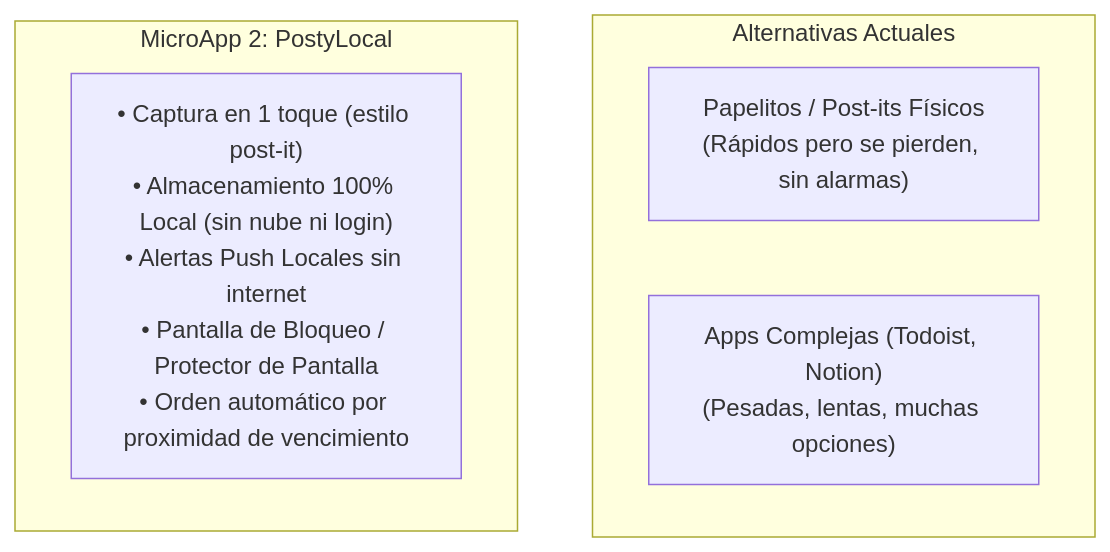
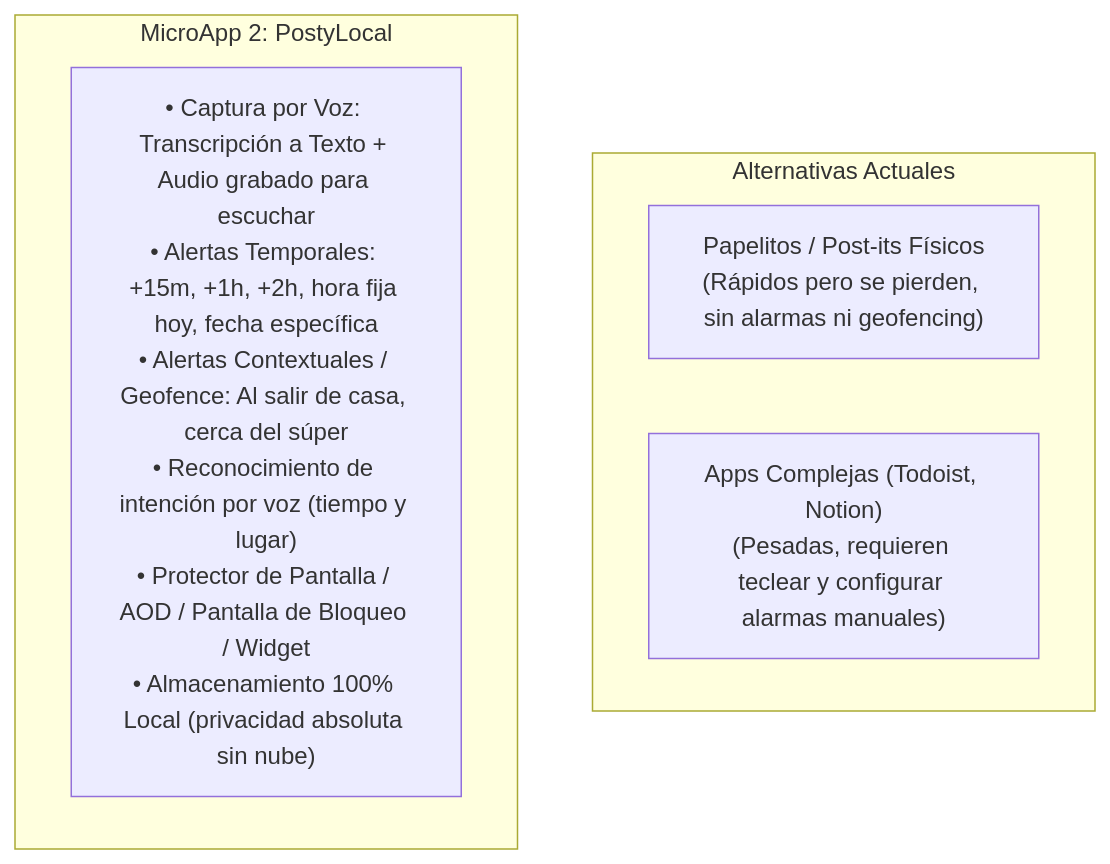
The second of 2 diagrams in docs/microapps/microapp2/01_envisioning_and_planning.md (pcloayza3/plataforma01), drawn with Mermaid before and after one commit. The commit also changed other lines of this file, not shown here.

Commit message:
docs(microapp2): enriquecer vision con reconocimiento de voz dual y alertas temporales/geofencing

````diff
--- a/docs/microapps/microapp2/01_envisioning_and_planning.md
+++ b/docs/microapps/microapp2/01_envisioning_and_planning.md
@@ -49,10 +50,10 @@
 ```mermaid
 graph TD
     subgraph "Alternativas Actuales"
-        P["Papelitos / Post-its Físicos<br/>(Rápidos pero se pierden, sin alarmas)"]
-        A["Apps Complejas (Todoist, Notion)<br/>(Pesadas, lentas, muchas opciones)"]
+        P["Papelitos / Post-its Físicos<br/>(Rápidos pero se pierden, sin alarmas ni geofencing)"]
+        A["Apps Complejas (Todoist, Notion)<br/>(Pesadas, requieren teclear y configurar alarmas manuales)"]
     end
     subgraph "MicroApp 2: PostyLocal"
-        V["• Captura en 1 toque (estilo post-it)<br/>• Almacenamiento 100% Local (sin nube ni login)<br/>• Alertas Push Locales sin internet<br/>• Pantalla de Bloqueo / Protector de Pantalla<br/>• Orden automático por proximidad de vencimiento"]
+        V["• Captura por Voz: Transcripción a Texto + Audio grabado para escuchar<br/>• Alertas Temporales: +15m, +1h, +2h, hora fija hoy, fecha específica<br/>• Alertas Contextuales / Geofence: Al salir de casa, cerca del súper<br/>• Reconocimiento de intención por voz (tiempo y lugar)<br/>• Protector de Pantalla / AOD / Pantalla de Bloqueo / Widget<br/>• Almacenamiento 100% Local (privacidad absoluta sin nube)"]
     end
 ```
````
